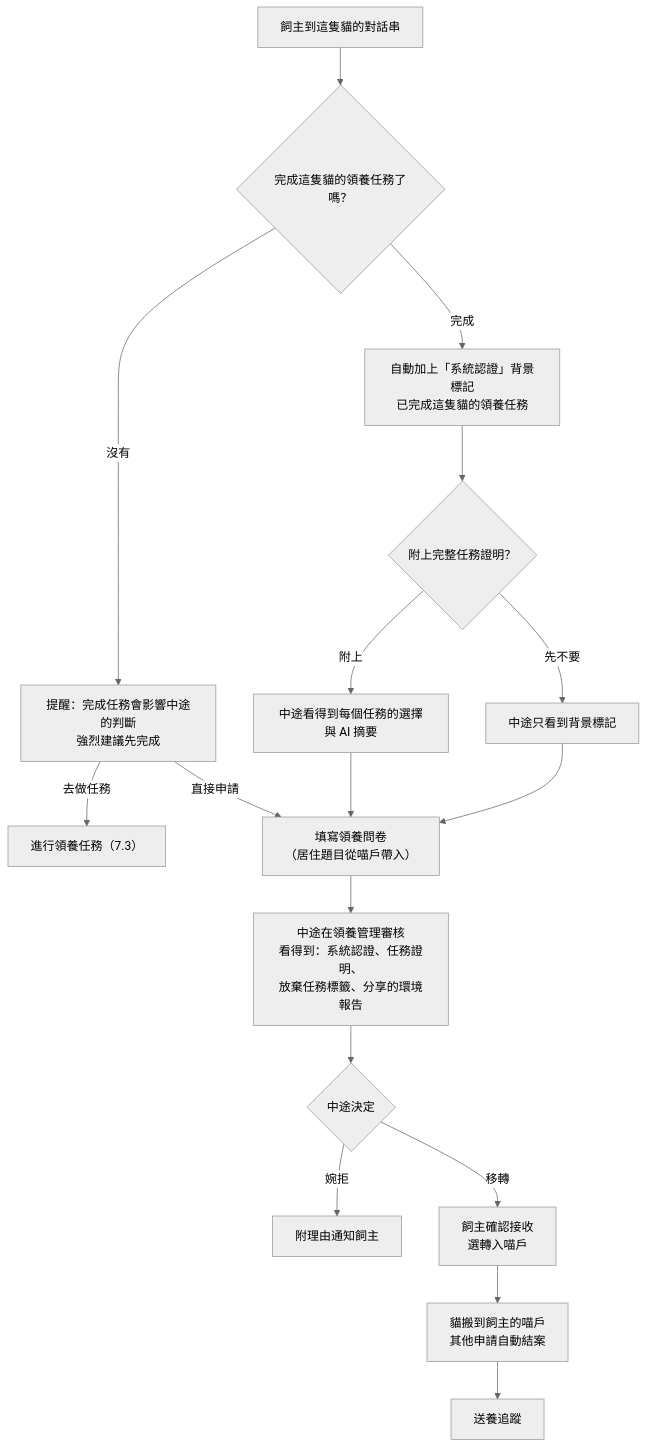
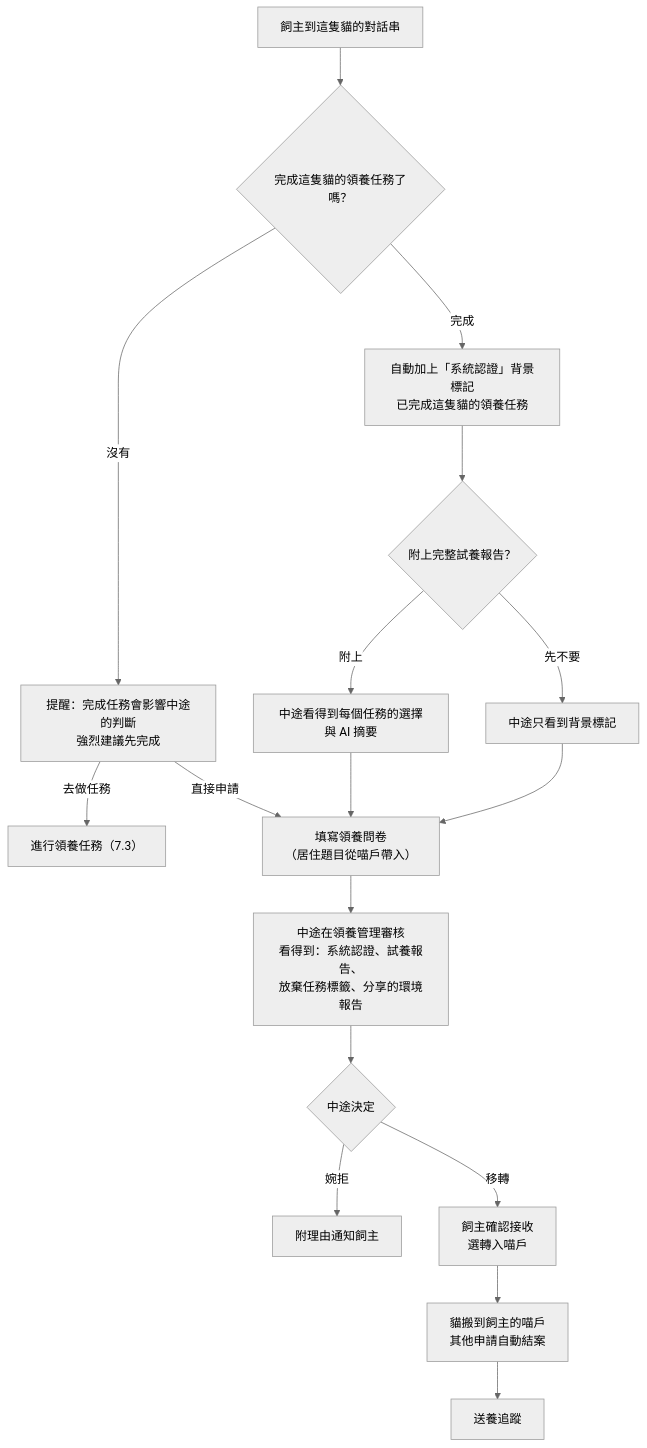
Before and after one commit to GAE265-Meowho/Meowho: the ninth of 9 diagrams in docs/spec/09_領養任務目標流程規格.md, drawn with Mermaid (neutral theme). The commit also changed other lines of this file and 2 other files, not shown here.

````diff
--- a/docs/spec/09_領養任務目標流程規格.md
+++ b/docs/spec/09_領養任務目標流程規格.md
@@ -393,18 +398,18 @@
 ```mermaid
 flowchart TD
   A["飼主到這隻貓的對話串"] --> B{"完成這隻貓的領養任務了嗎？"}
   B -->|完成| C["自動加上「系統認證」背景標記<br/>已完成這隻貓的領養任務"]
-  C --> D{"附上完整任務證明？"}
+  C --> D{"附上完整試養報告？"}
   D -->|附上| E["中途看得到每個任務的選擇與 AI 摘要"]
   D -->|先不要| F["中途只看到背景標記"]
   B -->|沒有| B1["提醒：完成任務會影響中途的判斷<br/>強烈建議先完成"]
   B1 -->|去做任務| T["進行領養任務（7.3）"]
   B1 -->|直接申請| G
   E & F --> G["填寫領養問卷<br/>（居住題目從喵戶帶入）"]
-  G --> H["中途在領養管理審核<br/>看得到：系統認證、任務證明、<br/>放棄任務標籤、分享的環境報告"]
+  G --> H["中途在領養管理審核<br/>看得到：系統認證、試養報告、<br/>放棄任務標籤、分享的環境報告"]
   H --> I{"中途決定"}
   I -->|婉拒| J["附理由通知飼主"]
   I -->|移轉| K["飼主確認接收<br/>選轉入喵戶"]
   K --> L["貓搬到飼主的喵戶<br/>其他申請自動結案"]
   L --> M["送養追蹤"]
 ```
````
